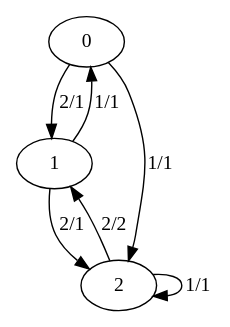
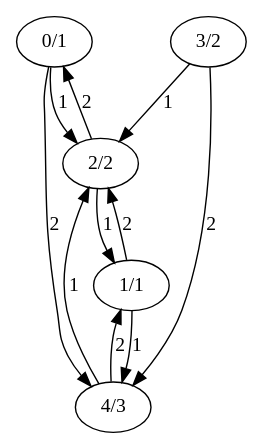
Before and after one commit to Reywam/TAaFL: the diagram in GraphMinimisation/GraphMinimisation/out.dot, drawn with Graphviz. The commit also changed 3 other files, not shown here.

```diff
--- a/GraphMinimisation/GraphMinimisation/out.dot
+++ b/GraphMinimisation/GraphMinimisation/out.dot
@@ -1,11 +1,17 @@
 digraph G {
-0;
-1;
-2;
-0->2  [label="1/1", weight="1/1"];
-0->1  [label="2/1", weight="2/1"];
-1->0  [label="1/1", weight="1/1"];
-1->2  [label="2/1", weight="2/1"];
-2->2  [label="1/1", weight="1/1"];
-2->1  [label="2/2", weight="2/2"];
+"0/1";
+"1/1";
+"2/2";
+"3/2";
+"4/3";
+"0/1"->"2/2"  [label=1, weight=1];
+"0/1"->"4/3"  [label=2, weight=2];
+"1/1"->"4/3"  [label=1, weight=1];
+"1/1"->"2/2"  [label=2, weight=2];
+"2/2"->"1/1"  [label=1, weight=1];
+"2/2"->"0/1"  [label=2, weight=2];
+"3/2"->"2/2"  [label=1, weight=1];
+"3/2"->"4/3"  [label=2, weight=2];
+"4/3"->"2/2"  [label=1, weight=1];
+"4/3"->"1/1"  [label=2, weight=2];
 }
```
